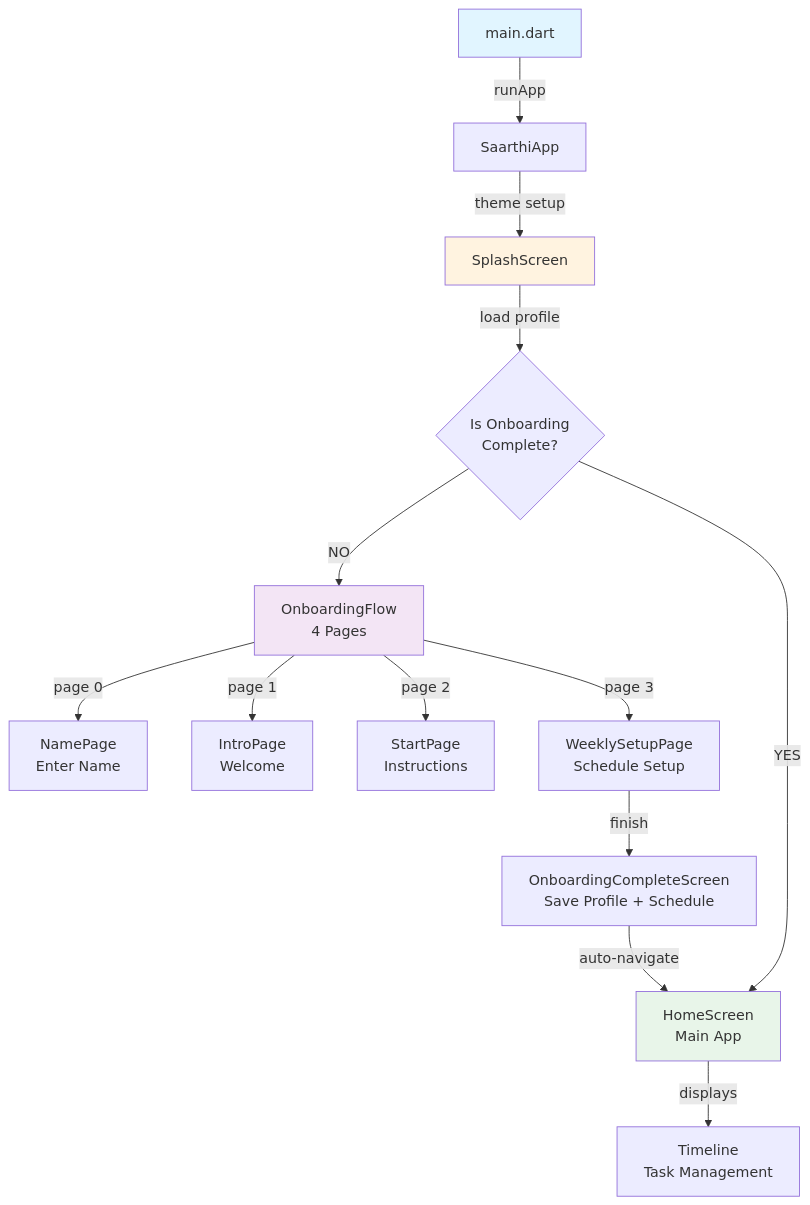
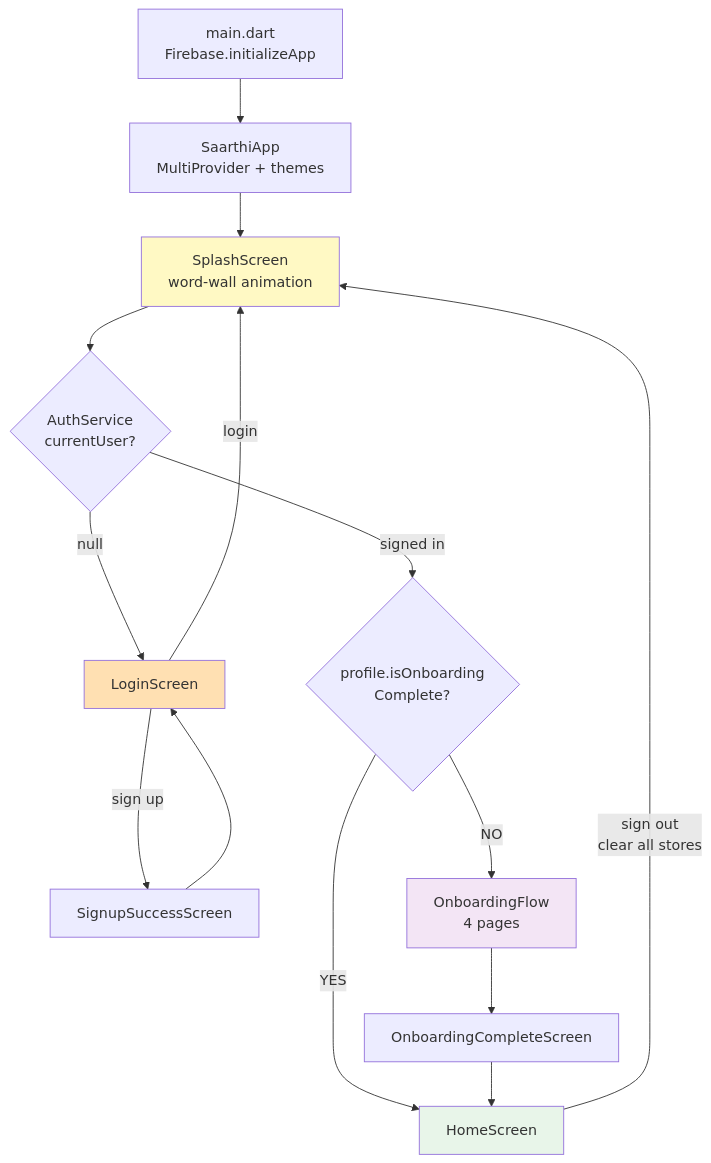
The second of 11 diagrams in SAARTHI V1.3.0/app files/docs/ARCHITECTURE_DIAGRAMS.md (Spathneja21/SAARTHI), drawn with Mermaid before and after one commit. The commit also changed other lines of this file and 26 other files, not shown here.

````diff
--- a/SAARTHI V1.3.0/app files/docs/ARCHITECTURE_DIAGRAMS.md
+++ b/SAARTHI V1.3.0/app files/docs/ARCHITECTURE_DIAGRAMS.md
@@ -5,23 +80,26 @@
 ```mermaid
 graph TD
-    A["main.dart"] -->|runApp| B["SaarthiApp"]
-    B -->|theme setup| C["SplashScreen"]
-    C -->|load profile| D{Is Onboarding<br/>Complete?}
-    D -->|NO| E["OnboardingFlow<br/>4 Pages"]
-    D -->|YES| F["HomeScreen<br/>Main App"]
-    
-    E -->|page 0| E1["NamePage<br/>Enter Name"]
-    E -->|page 1| E2["IntroPage<br/>Welcome"]
-    E -->|page 2| E3["StartPage<br/>Instructions"]
-    E -->|page 3| E4["WeeklySetupPage<br/>Schedule Setup"]
-    
-    E4 -->|finish| G["OnboardingCompleteScreen<br/>Save Profile + Schedule"]
-    G -->|auto-navigate| F
-    
-    F -->|displays| F1["Timeline<br/>Task Management"]
-    
-    style A fill:#e1f5ff
-    style C fill:#fff3e0
-    style E fill:#f3e5f5
-    style F fill:#e8f5e9
+    A["main.dart<br/>Firebase.initializeApp"] --> B["SaarthiApp<br/>MultiProvider + themes"]
+    B --> C["SplashScreen<br/>word-wall animation"]
+
+    C --> D{"AuthService<br/>currentUser?"}
+    D -->|"null"| E["LoginScreen"]
+    D -->|"signed in"| F{"profile.isOnboarding<br/>Complete?"}
+
+    E -->|"login"| C
+    E -->|"sign up"| G["SignupSuccessScreen"]
+    G --> E
+
+    F -->|"NO"| H["OnboardingFlow<br/>4 pages"]
+    F -->|"YES"| I["HomeScreen"]
+
+    H --> J["OnboardingCompleteScreen"]
+    J --> I
+
+    I -->|"sign out<br/>clear all stores"| C
+
+    style C fill:#fff9c4
+    style E fill:#ffe0b2
+    style H fill:#f3e5f5
+    style I fill:#e8f5e9
 ```
````
